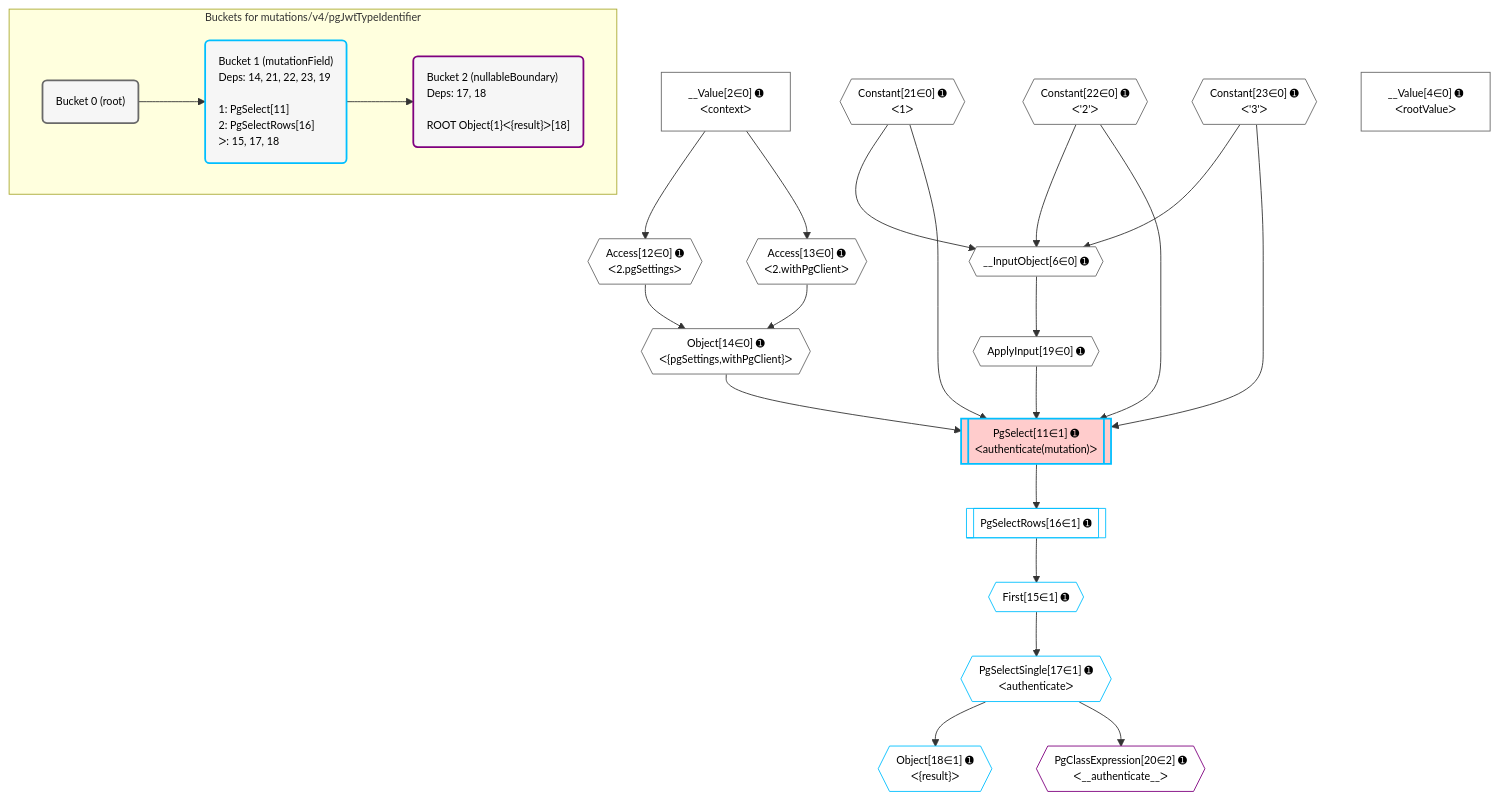
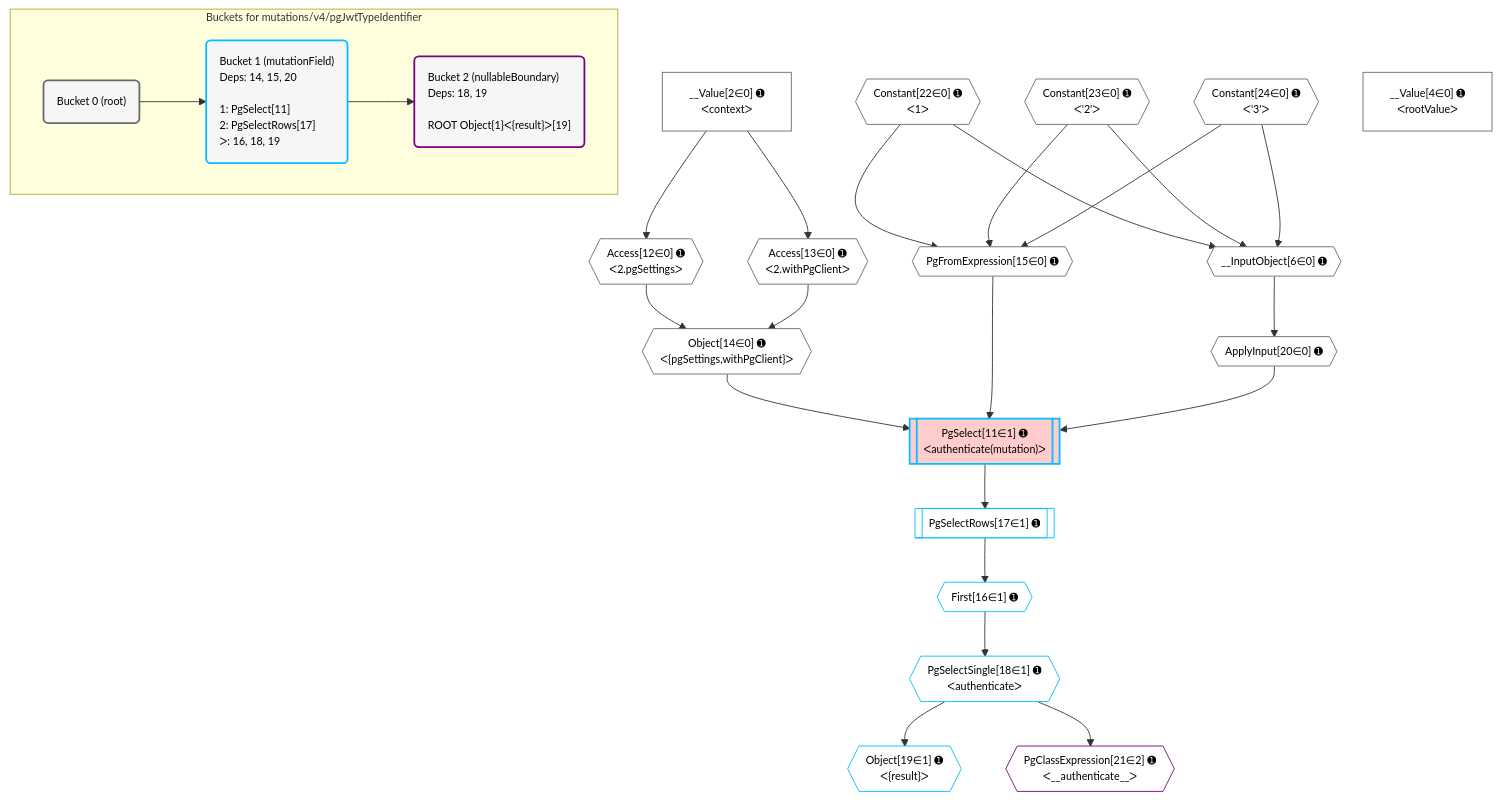
Before and after one commit to graphile/crystal: the diagram in postgraphile/postgraphile/__tests__/mutations/v4/pgJwtTypeIdentifier.mermaid, drawn with Mermaid. The commit also changed 63 other files, not shown here.

```diff
--- a/postgraphile/postgraphile/__tests__/mutations/v4/pgJwtTypeIdentifier.mermaid
+++ b/postgraphile/postgraphile/__tests__/mutations/v4/pgJwtTypeIdentifier.mermaid
@@ -1,54 +1,56 @@
 %%{init: {'themeVariables': { 'fontSize': '12px'}}}%%
 graph TD
     classDef path fill:#eee,stroke:#000,color:#000
     classDef plan fill:#fff,stroke-width:1px,color:#000
     classDef itemplan fill:#fff,stroke-width:2px,color:#000
     classDef unbatchedplan fill:#dff,stroke-width:1px,color:#000
     classDef sideeffectplan fill:#fcc,stroke-width:2px,color:#000
     classDef bucket fill:#f6f6f6,color:#000,stroke-width:2px,text-align:left
 
 
     %% plan dependencies
     __InputObject6{{"__InputObject[6∈0] ➊"}}:::plan
-    Constant21{{"Constant[21∈0] ➊<br />ᐸ1ᐳ"}}:::plan
-    Constant22{{"Constant[22∈0] ➊<br />ᐸ'2'ᐳ"}}:::plan
-    Constant23{{"Constant[23∈0] ➊<br />ᐸ'3'ᐳ"}}:::plan
-    Constant21 & Constant22 & Constant23 --> __InputObject6
+    Constant22{{"Constant[22∈0] ➊<br />ᐸ1ᐳ"}}:::plan
+    Constant23{{"Constant[23∈0] ➊<br />ᐸ'2'ᐳ"}}:::plan
+    Constant24{{"Constant[24∈0] ➊<br />ᐸ'3'ᐳ"}}:::plan
+    Constant22 & Constant23 & Constant24 --> __InputObject6
+    PgFromExpression15{{"PgFromExpression[15∈0] ➊"}}:::plan
+    Constant22 & Constant23 & Constant24 --> PgFromExpression15
     Object14{{"Object[14∈0] ➊<br />ᐸ{pgSettings,withPgClient}ᐳ"}}:::plan
     Access12{{"Access[12∈0] ➊<br />ᐸ2.pgSettingsᐳ"}}:::plan
     Access13{{"Access[13∈0] ➊<br />ᐸ2.withPgClientᐳ"}}:::plan
     Access12 & Access13 --> Object14
     __Value2["__Value[2∈0] ➊<br />ᐸcontextᐳ"]:::plan
     __Value2 --> Access12
     __Value2 --> Access13
-    ApplyInput19{{"ApplyInput[19∈0] ➊"}}:::plan
-    __InputObject6 --> ApplyInput19
+    ApplyInput20{{"ApplyInput[20∈0] ➊"}}:::plan
+    __InputObject6 --> ApplyInput20
     __Value4["__Value[4∈0] ➊<br />ᐸrootValueᐳ"]:::plan
     PgSelect11[["PgSelect[11∈1] ➊<br />ᐸauthenticate(mutation)ᐳ"]]:::sideeffectplan
-    Object14 & Constant21 & Constant22 & Constant23 & ApplyInput19 --> PgSelect11
-    First15{{"First[15∈1] ➊"}}:::plan
-    PgSelectRows16[["PgSelectRows[16∈1] ➊"]]:::plan
-    PgSelectRows16 --> First15
-    PgSelect11 --> PgSelectRows16
-    PgSelectSingle17{{"PgSelectSingle[17∈1] ➊<br />ᐸauthenticateᐳ"}}:::plan
-    First15 --> PgSelectSingle17
-    Object18{{"Object[18∈1] ➊<br />ᐸ{result}ᐳ"}}:::plan
-    PgSelectSingle17 --> Object18
-    PgClassExpression20{{"PgClassExpression[20∈2] ➊<br />ᐸ__authenticate__ᐳ"}}:::plan
-    PgSelectSingle17 --> PgClassExpression20
+    Object14 & PgFromExpression15 & ApplyInput20 --> PgSelect11
+    First16{{"First[16∈1] ➊"}}:::plan
+    PgSelectRows17[["PgSelectRows[17∈1] ➊"]]:::plan
+    PgSelectRows17 --> First16
+    PgSelect11 --> PgSelectRows17
+    PgSelectSingle18{{"PgSelectSingle[18∈1] ➊<br />ᐸauthenticateᐳ"}}:::plan
+    First16 --> PgSelectSingle18
+    Object19{{"Object[19∈1] ➊<br />ᐸ{result}ᐳ"}}:::plan
+    PgSelectSingle18 --> Object19
+    PgClassExpression21{{"PgClassExpression[21∈2] ➊<br />ᐸ__authenticate__ᐳ"}}:::plan
+    PgSelectSingle18 --> PgClassExpression21
 
     %% define steps
 
     subgraph "Buckets for mutations/v4/pgJwtTypeIdentifier"
     Bucket0("Bucket 0 (root)"):::bucket
     classDef bucket0 stroke:#696969
-    class Bucket0,__Value2,__Value4,__InputObject6,Access12,Access13,Object14,ApplyInput19,Constant21,Constant22,Constant23 bucket0
-    Bucket1("Bucket 1 (mutationField)<br />Deps: 14, 21, 22, 23, 19<br /><br />1: PgSelect[11]<br />2: PgSelectRows[16]<br />ᐳ: 15, 17, 18"):::bucket
+    class Bucket0,__Value2,__Value4,__InputObject6,Access12,Access13,Object14,PgFromExpression15,ApplyInput20,Constant22,Constant23,Constant24 bucket0
+    Bucket1("Bucket 1 (mutationField)<br />Deps: 14, 15, 20<br /><br />1: PgSelect[11]<br />2: PgSelectRows[17]<br />ᐳ: 16, 18, 19"):::bucket
     classDef bucket1 stroke:#00bfff
-    class Bucket1,PgSelect11,First15,PgSelectRows16,PgSelectSingle17,Object18 bucket1
-    Bucket2("Bucket 2 (nullableBoundary)<br />Deps: 17, 18<br /><br />ROOT Object{1}ᐸ{result}ᐳ[18]"):::bucket
+    class Bucket1,PgSelect11,First16,PgSelectRows17,PgSelectSingle18,Object19 bucket1
+    Bucket2("Bucket 2 (nullableBoundary)<br />Deps: 18, 19<br /><br />ROOT Object{1}ᐸ{result}ᐳ[19]"):::bucket
     classDef bucket2 stroke:#7f007f
-    class Bucket2,PgClassExpression20 bucket2
+    class Bucket2,PgClassExpression21 bucket2
     Bucket0 --> Bucket1
     Bucket1 --> Bucket2
     end
```
